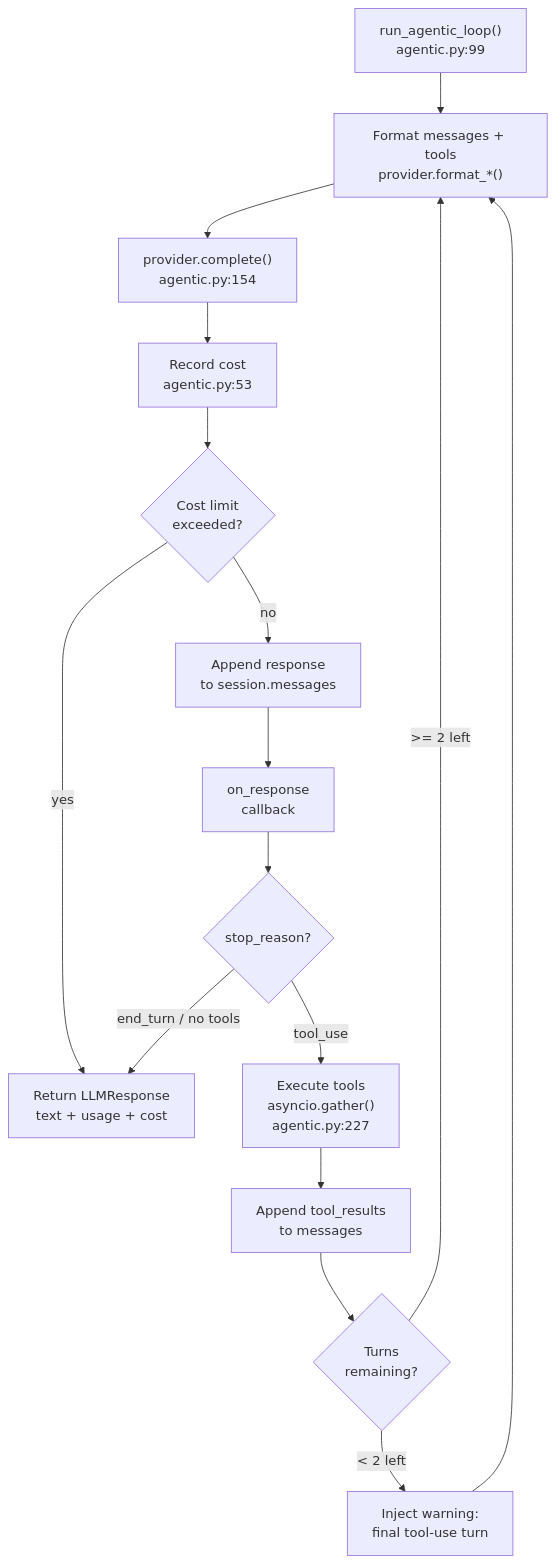
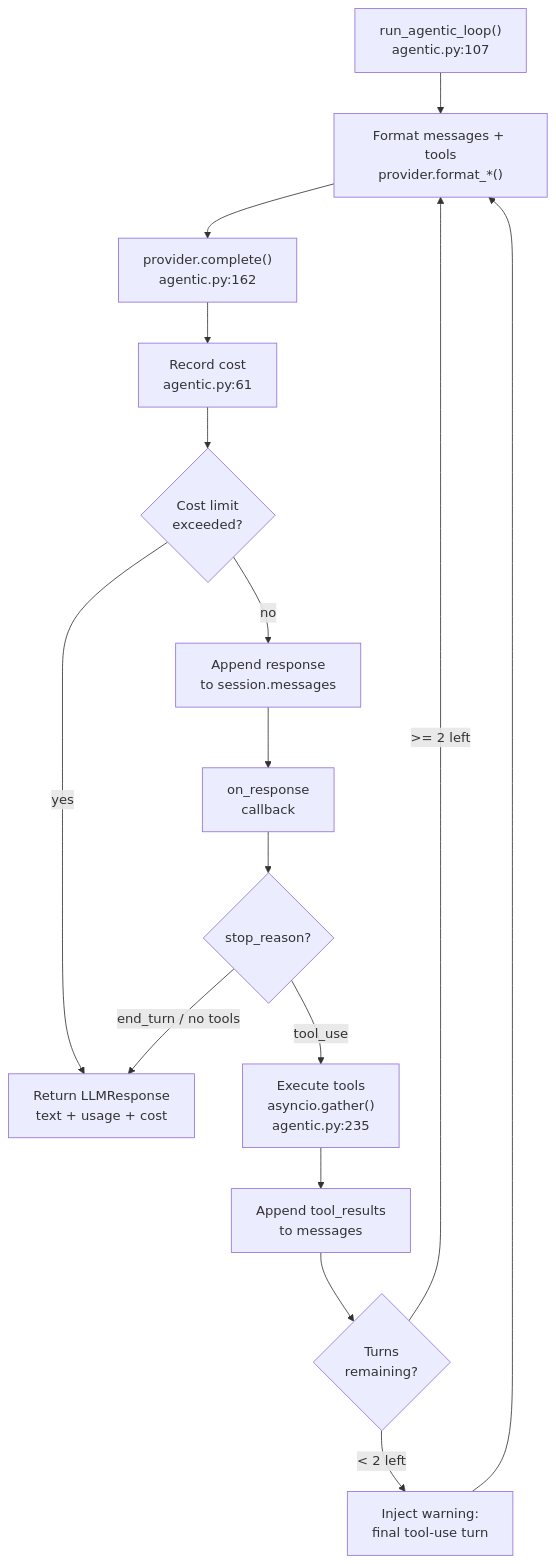
Before and after one commit to nicolasforstinger/lucyd: the second of 8 diagrams in docs/diagrams.md, drawn with Mermaid. The commit also changed other lines of this file, not shown here.

First line of the commit message:
fix: sync all diagram references with actual codebase line numbers

````diff
--- a/docs/diagrams.md
+++ b/docs/diagrams.md
@@ -58,27 +58,27 @@
 ```mermaid
 flowchart TD
-    START["run_agentic_loop()<br/>agentic.py:99"]
+    START["run_agentic_loop()<br/>agentic.py:107"]
     FORMAT["Format messages + tools<br/>provider.format_*()"]
-    API["provider.complete()<br/>agentic.py:154"]
-    COST["Record cost<br/>agentic.py:53"]
+    API["provider.complete()<br/>agentic.py:162"]
+    COST["Record cost<br/>agentic.py:61"]
 
     COST_CHECK{"Cost limit<br/>exceeded?"}
     APPEND["Append response<br/>to session.messages"]
     CALLBACK_R["on_response<br/>callback"]
 
     STOP_CHECK{"stop_reason?"}
-    TOOL_EXEC["Execute tools<br/>asyncio.gather()<br/>agentic.py:227"]
+    TOOL_EXEC["Execute tools<br/>asyncio.gather()<br/>agentic.py:235"]
     TOOL_RESULTS["Append tool_results<br/>to messages"]
     TURN_CHECK{"Turns<br/>remaining?"}
     WARN["Inject warning:<br/>final tool-use turn"]
 
     RETURN["Return LLMResponse<br/>text + usage + cost"]
 
     START --> FORMAT --> API --> COST --> COST_CHECK
     COST_CHECK -->|yes| RETURN
     COST_CHECK -->|no| APPEND --> CALLBACK_R --> STOP_CHECK
     STOP_CHECK -->|"end_turn / no tools"| RETURN
     STOP_CHECK -->|tool_use| TOOL_EXEC --> TOOL_RESULTS --> TURN_CHECK
     TURN_CHECK -->|">= 2 left"| FORMAT
     TURN_CHECK -->|"< 2 left"| WARN --> FORMAT
 ```
````
